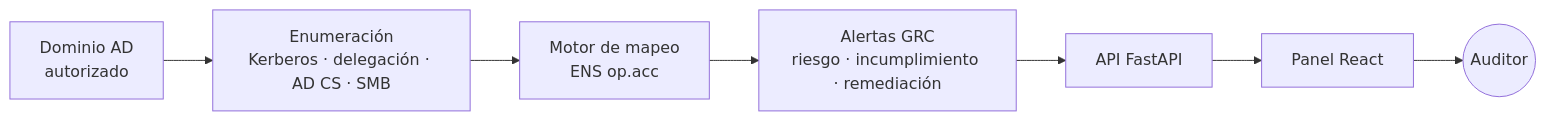
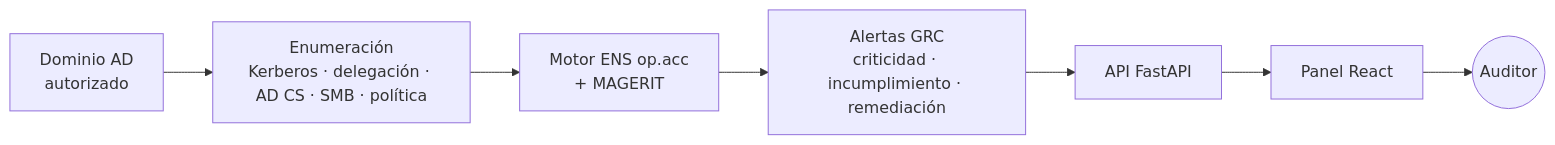
Before and after one commit to heindall92/ens_ad-auditor: the diagram in README.md, drawn with Mermaid. The commit also changed other lines of this file and 42 other files, not shown here.

First line of the commit message:
Auditoría AD real: MAGERIT, higiene y roadmap

````diff
--- a/README.md
+++ b/README.md
@@ -52,9 +51,9 @@
 ```mermaid
 flowchart LR
-    D[Dominio AD<br/>autorizado] --> E[Enumeración<br/>Kerberos · delegación · AD CS · SMB]
-    E --> M[Motor de mapeo<br/>ENS op.acc]
-    M --> A[Alertas GRC<br/>riesgo · incumplimiento · remediación]
+    D[Dominio AD<br/>autorizado] --> E[Enumeración<br/>Kerberos · delegación · AD CS · SMB · política]
+    E --> M[Motor ENS op.acc<br/>+ MAGERIT]
+    M --> A[Alertas GRC<br/>criticidad · incumplimiento · remediación]
     A --> B[API FastAPI]
     B --> F[Panel React]
     F --> U((Auditor))
 ```
````
